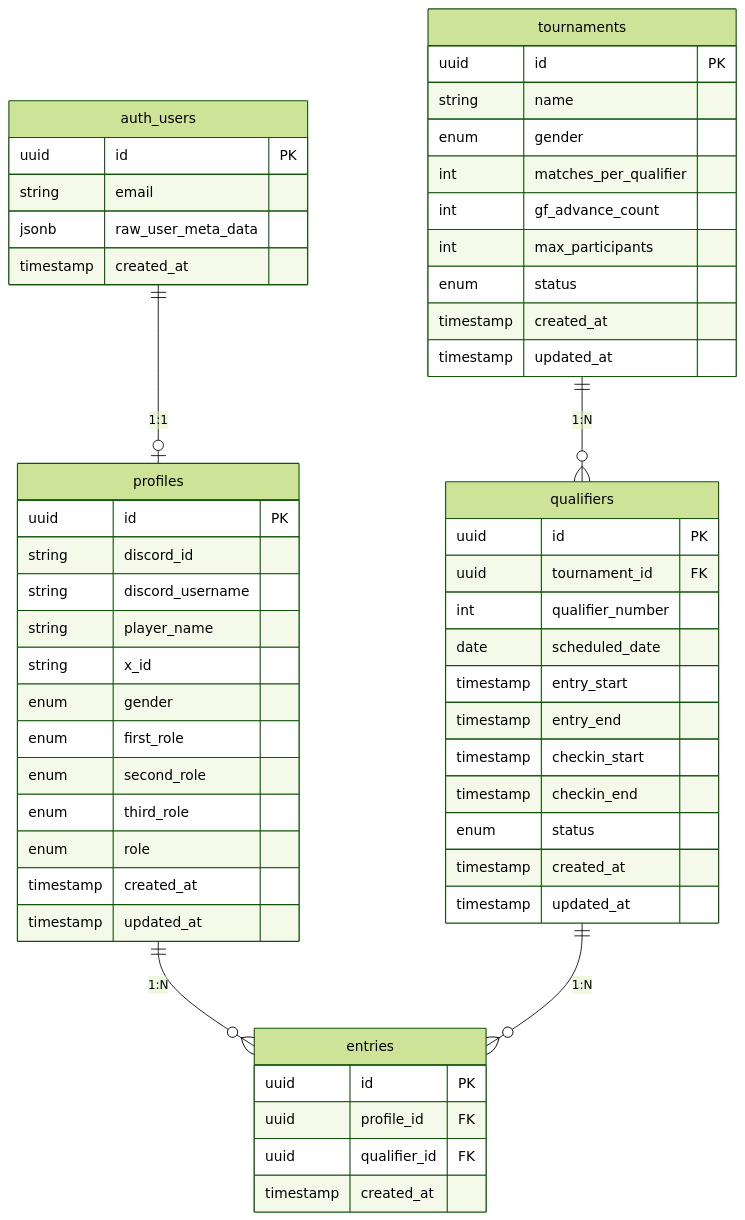
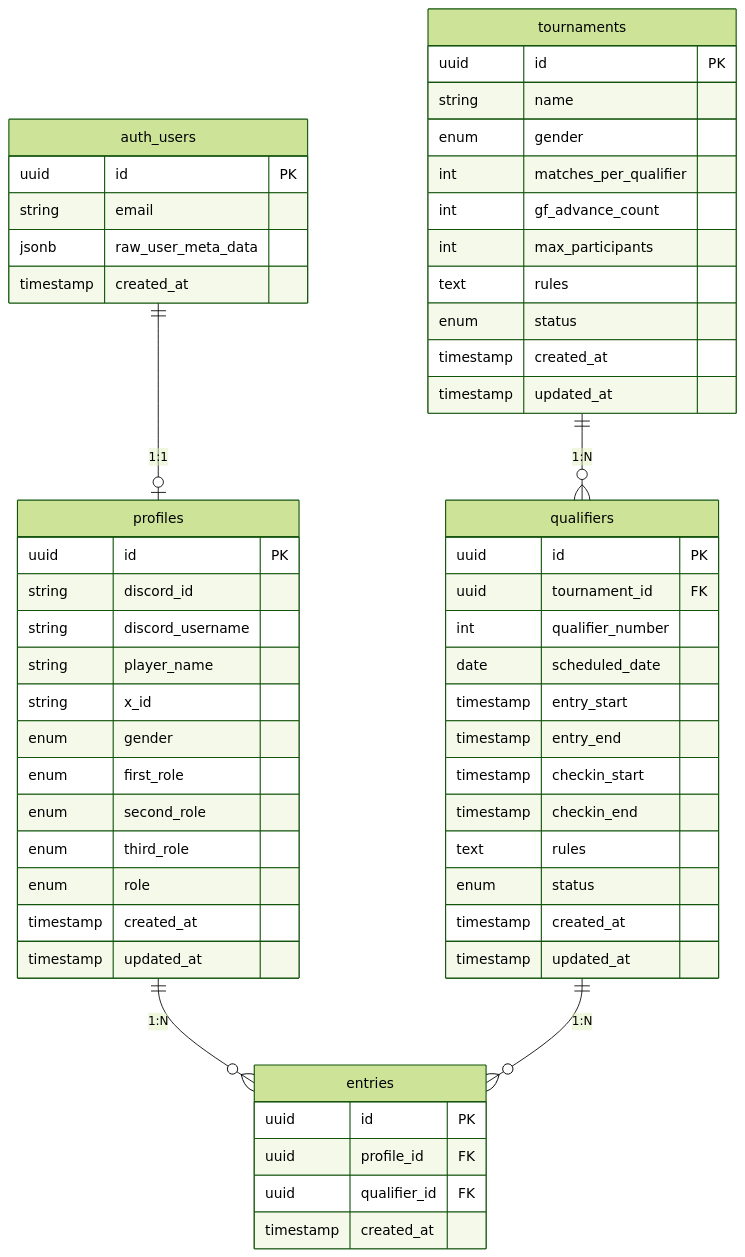
The diagram in docs/database_design.md (juv-shun/JiroRimi), drawn with Mermaid (forest theme) before and after one commit. The commit also changed other lines of this file and 1 other file, not shown here.

````diff
--- a/docs/database_design.md
+++ b/docs/database_design.md
@@ -9,62 +9,64 @@
 ```mermaid
 erDiagram
     auth_users ||--o| profiles : "1:1"
     profiles ||--o{ entries : "1:N"
     tournaments ||--o{ qualifiers : "1:N"
     qualifiers ||--o{ entries : "1:N"
 
     auth_users {
         uuid id PK
         string email
         jsonb raw_user_meta_data
         timestamp created_at
     }
 
     profiles {
         uuid id PK
         string discord_id
         string discord_username
         string player_name
         string x_id
         enum gender
         enum first_role
         enum second_role
         enum third_role
         enum role
         timestamp created_at
         timestamp updated_at
     }
 
     tournaments {
         uuid id PK
         string name
         enum gender
         int matches_per_qualifier
         int gf_advance_count
         int max_participants
+        text rules
         enum status
         timestamp created_at
         timestamp updated_at
     }
 
     qualifiers {
         uuid id PK
         uuid tournament_id FK
         int qualifier_number
         date scheduled_date
         timestamp entry_start
         timestamp entry_end
         timestamp checkin_start
         timestamp checkin_end
+        text rules
         enum status
         timestamp created_at
         timestamp updated_at
     }
 
     entries {
         uuid id PK
         uuid profile_id FK
         uuid qualifier_id FK
         timestamp created_at
     }
 ```
````
